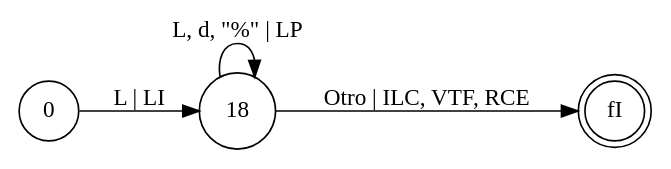
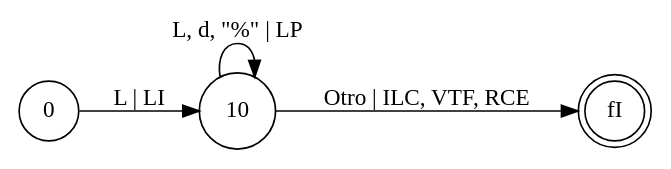
One commit to iroumec/RouVel-Compiler changed the diagram in resources/diagrams/finite-automatoms/individual-units/identifier.dot. Above: the diagram before and after it, drawn with Graphviz. The commit also changed 10 other files, not shown here.

```diff
--- a/resources/diagrams/finite-automatoms/individual-units/identifier.dot
+++ b/resources/diagrams/finite-automatoms/individual-units/identifier.dot
@@ -1,10 +1,10 @@
 digraph DFA {
     rankdir = LR;
     node [shape = circle;];
     fI [shape = doublecircle;];
     // No hay posible error.
     
-    0 -> 18 [label = "L | LI";];
-    18 -> 18 [label = "L, d, \"%\" | LP";];
-    18 -> fI [label = "Otro | ILC, VTF, RCE";];
+    0 -> 10 [label = "L | LI";];
+    10 -> 10 [label = "L, d, \"%\" | LP";];
+    10 -> fI [label = "Otro | ILC, VTF, RCE";];
 }
```
